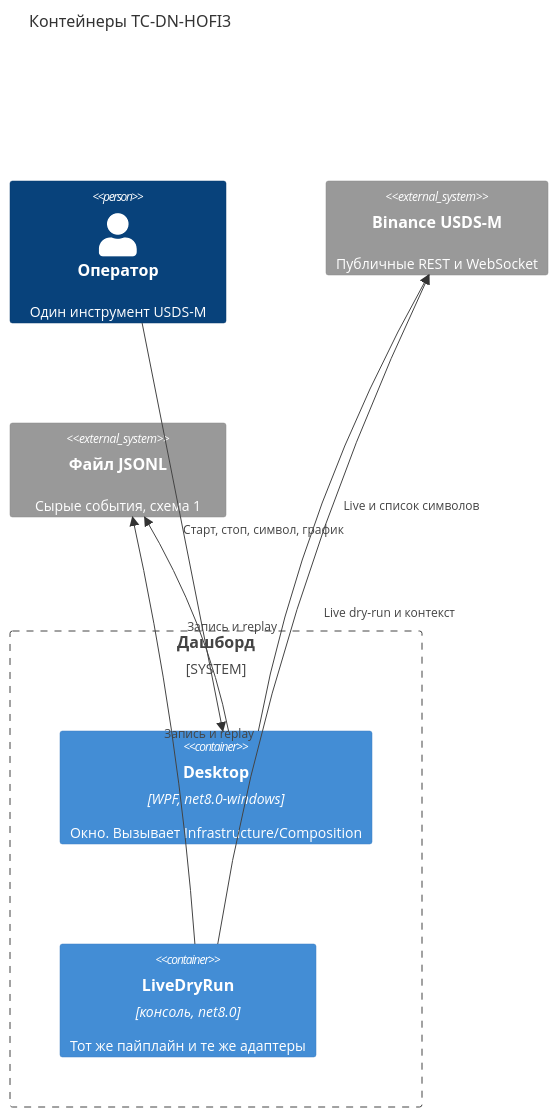
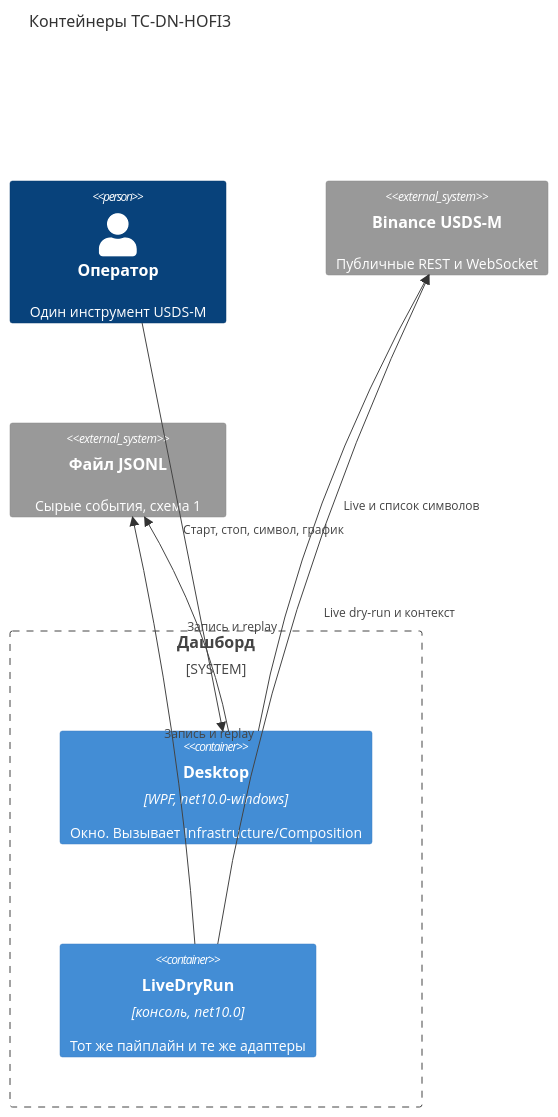
The second of 5 diagrams in docs/architecture.md (striges88-bit/tc-dn-hofi3-dashboard), drawn with Mermaid before and after one commit. The commit also changed other lines of this file and 28 other files, not shown here.

````diff
--- a/docs/architecture.md
+++ b/docs/architecture.md
@@ -27,16 +27,16 @@
 ```mermaid
 C4Container
     title Контейнеры TC-DN-HOFI3
     Person(operator, "Оператор", "Один инструмент USDS-M")
     System_Ext(binance, "Binance USDS-M", "Публичные REST и WebSocket")
     System_Ext(jsonl, "Файл JSONL", "Сырые события, схема 1")
     System_Boundary(hosts, "Дашборд") {
-        Container(desktop, "Desktop", "WPF, net8.0-windows", "Окно. Вызывает Infrastructure/Composition")
-        Container(dryrun, "LiveDryRun", "консоль, net8.0", "Тот же пайплайн и те же адаптеры")
+        Container(desktop, "Desktop", "WPF, net10.0-windows", "Окно. Вызывает Infrastructure/Composition")
+        Container(dryrun, "LiveDryRun", "консоль, net10.0", "Тот же пайплайн и те же адаптеры")
     }
     Rel(operator, desktop, "Старт, стоп, символ, график")
     Rel(desktop, binance, "Live и список символов")
     Rel(desktop, jsonl, "Запись и replay")
     Rel(dryrun, binance, "Live dry-run и контекст")
     Rel(dryrun, jsonl, "Запись и replay")
 ```
````
